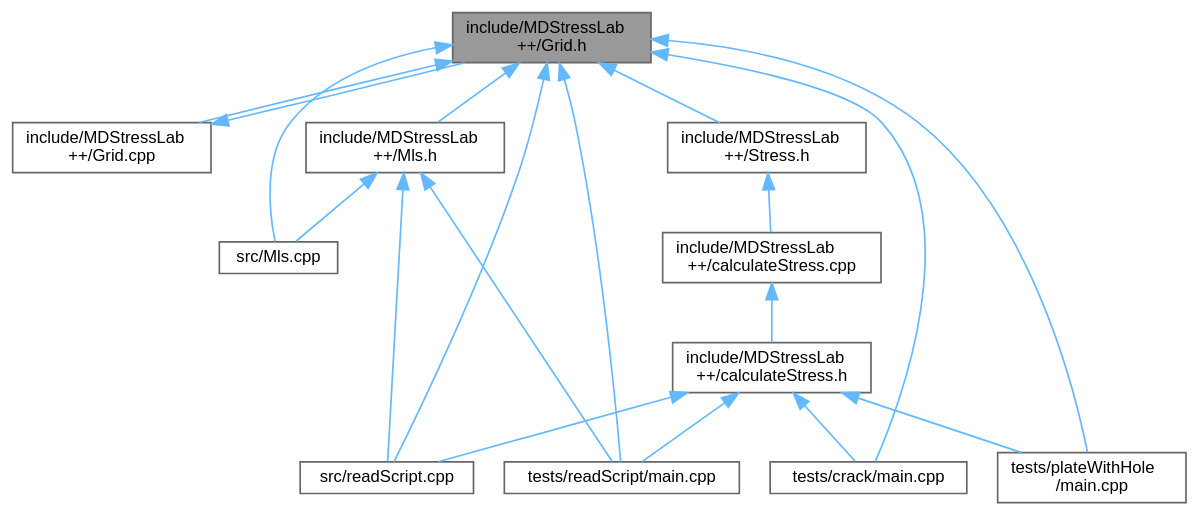
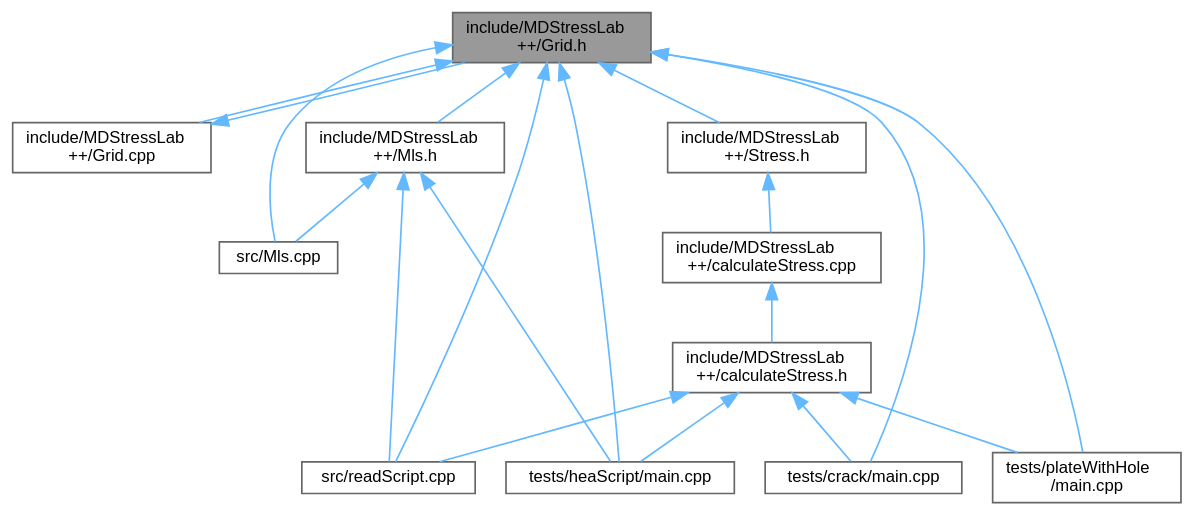
One commit to nikhil-admal/mdstresslab changed the diagram in Grid_8h__dep__incl.dot. Above: the diagram before and after it, drawn with Graphviz. The commit also changed 110 other files, not shown here.

```diff
--- a/Grid_8h__dep__incl.dot
+++ b/Grid_8h__dep__incl.dot
@@ -1,36 +1,36 @@
 digraph "include/MDStressLab++/Grid.h"
 {
  // LATEX_PDF_SIZE
   bgcolor="transparent";
   edge [fontname=Helvetica,fontsize=10,labelfontname=Helvetica,labelfontsize=10];
   node [fontname=Helvetica,fontsize=10,shape=box,height=0.2,width=0.4];
   Node1 [id="Node000001",label="include/MDStressLab\l++/Grid.h",height=0.2,width=0.4,color="gray40", fillcolor="grey60", style="filled", fontcolor="black",tooltip=" "];
   Node1 -> Node2 [id="edge1_Node000001_Node000002",dir="back",color="steelblue1",style="solid",tooltip=" "];
   Node2 [id="Node000002",label="include/MDStressLab\l++/Grid.cpp",height=0.2,width=0.4,color="grey40", fillcolor="white", style="filled",URL="$Grid_8cpp.html",tooltip=" "];
   Node2 -> Node1 [id="edge2_Node000002_Node000001",dir="back",color="steelblue1",style="solid",tooltip=" "];
   Node1 -> Node3 [id="edge3_Node000001_Node000003",dir="back",color="steelblue1",style="solid",tooltip=" "];
   Node3 [id="Node000003",label="include/MDStressLab\l++/Mls.h",height=0.2,width=0.4,color="grey40", fillcolor="white", style="filled",URL="$Mls_8h.html",tooltip=" "];
   Node3 -> Node4 [id="edge4_Node000003_Node000004",dir="back",color="steelblue1",style="solid",tooltip=" "];
   Node4 [id="Node000004",label="src/Mls.cpp",height=0.2,width=0.4,color="grey40", fillcolor="white", style="filled",URL="$Mls_8cpp.html",tooltip=" "];
   Node3 -> Node5 [id="edge5_Node000003_Node000005",dir="back",color="steelblue1",style="solid",tooltip=" "];
   Node5 [id="Node000005",label="src/readScript.cpp",height=0.2,width=0.4,color="grey40", fillcolor="white", style="filled",URL="$readScript_8cpp.html",tooltip=" "];
   Node3 -> Node6 [id="edge6_Node000003_Node000006",dir="back",color="steelblue1",style="solid",tooltip=" "];
-  Node6 [id="Node000006",label="tests/readScript/main.cpp",height=0.2,width=0.4,color="grey40", fillcolor="white", style="filled",URL="$readScript_2main_8cpp.html",tooltip=" "];
+  Node6 [id="Node000006",label="tests/heaScript/main.cpp",height=0.2,width=0.4,color="grey40", fillcolor="white", style="filled",URL="$heaScript_2main_8cpp.html",tooltip=" "];
   Node1 -> Node7 [id="edge7_Node000001_Node000007",dir="back",color="steelblue1",style="solid",tooltip=" "];
   Node7 [id="Node000007",label="include/MDStressLab\l++/Stress.h",height=0.2,width=0.4,color="grey40", fillcolor="white", style="filled",URL="$Stress_8h.html",tooltip=" "];
   Node7 -> Node8 [id="edge8_Node000007_Node000008",dir="back",color="steelblue1",style="solid",tooltip=" "];
   Node8 [id="Node000008",label="include/MDStressLab\l++/calculateStress.cpp",height=0.2,width=0.4,color="grey40", fillcolor="white", style="filled",URL="$calculateStress_8cpp.html",tooltip=" "];
   Node8 -> Node9 [id="edge9_Node000008_Node000009",dir="back",color="steelblue1",style="solid",tooltip=" "];
   Node9 [id="Node000009",label="include/MDStressLab\l++/calculateStress.h",height=0.2,width=0.4,color="grey40", fillcolor="white", style="filled",URL="$calculateStress_8h.html",tooltip=" "];
   Node9 -> Node5 [id="edge10_Node000009_Node000005",dir="back",color="steelblue1",style="solid",tooltip=" "];
   Node9 -> Node10 [id="edge11_Node000009_Node000010",dir="back",color="steelblue1",style="solid",tooltip=" "];
   Node10 [id="Node000010",label="tests/crack/main.cpp",height=0.2,width=0.4,color="grey40", fillcolor="white", style="filled",URL="$crack_2main_8cpp.html",tooltip=" "];
-  Node9 -> Node11 [id="edge12_Node000009_Node000011",dir="back",color="steelblue1",style="solid",tooltip=" "];
+  Node9 -> Node6 [id="edge12_Node000009_Node000006",dir="back",color="steelblue1",style="solid",tooltip=" "];
+  Node9 -> Node11 [id="edge13_Node000009_Node000011",dir="back",color="steelblue1",style="solid",tooltip=" "];
   Node11 [id="Node000011",label="tests/plateWithHole\l/main.cpp",height=0.2,width=0.4,color="grey40", fillcolor="white", style="filled",URL="$plateWithHole_2main_8cpp.html",tooltip=" "];
-  Node9 -> Node6 [id="edge13_Node000009_Node000006",dir="back",color="steelblue1",style="solid",tooltip=" "];
   Node1 -> Node4 [id="edge14_Node000001_Node000004",dir="back",color="steelblue1",style="solid",tooltip=" "];
   Node1 -> Node5 [id="edge15_Node000001_Node000005",dir="back",color="steelblue1",style="solid",tooltip=" "];
   Node1 -> Node10 [id="edge16_Node000001_Node000010",dir="back",color="steelblue1",style="solid",tooltip=" "];
-  Node1 -> Node11 [id="edge17_Node000001_Node000011",dir="back",color="steelblue1",style="solid",tooltip=" "];
-  Node1 -> Node6 [id="edge18_Node000001_Node000006",dir="back",color="steelblue1",style="solid",tooltip=" "];
+  Node1 -> Node6 [id="edge17_Node000001_Node000006",dir="back",color="steelblue1",style="solid",tooltip=" "];
+  Node1 -> Node11 [id="edge18_Node000001_Node000011",dir="back",color="steelblue1",style="solid",tooltip=" "];
 }
```
